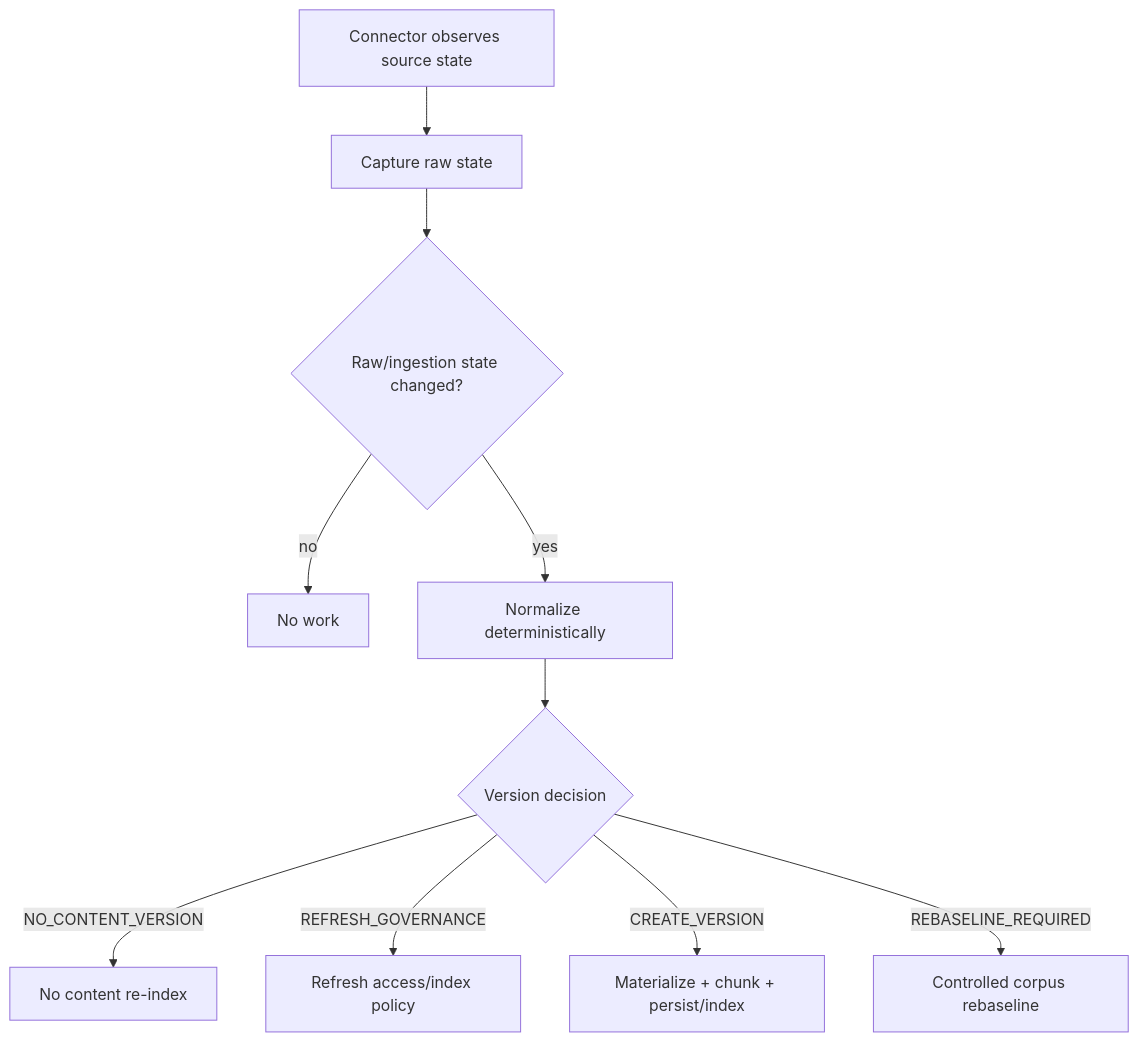
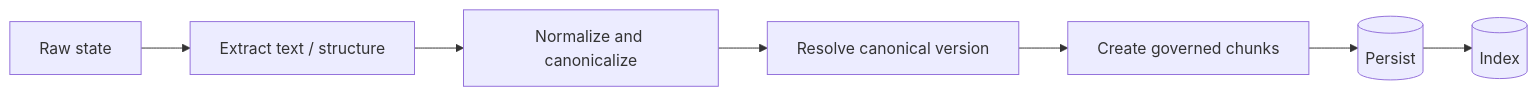
Before and after one commit to kumarchandansingh/tropos: the second of 5 diagrams in docs/architecture/RAG_ARCHITECTURE.md, drawn with Mermaid. The commit also changed other lines of this file and 13 other files, not shown here.

````diff
--- a/docs/architecture/RAG_ARCHITECTURE.md
+++ b/docs/architecture/RAG_ARCHITECTURE.md
@@ -105,13 +43,10 @@
 ```mermaid
-flowchart TD
-    Poll[Connector observes source state]
-    --> Capture[Capture raw state]
-    --> RawChanged{Raw/ingestion state changed?}
-    RawChanged -- no --> Stop[No work]
-    RawChanged -- yes --> Normalize[Normalize deterministically]
-    Normalize --> Resolve{Version decision}
-    Resolve -->|NO_CONTENT_VERSION| NoIndex[No content re-index]
-    Resolve -->|REFRESH_GOVERNANCE| ACL[Refresh access/index policy]
-    Resolve -->|CREATE_VERSION| Rebuild[Materialize + chunk + persist/index]
-    Resolve -->|REBASELINE_REQUIRED| Migration[Controlled corpus rebaseline]
+flowchart LR
+    Raw[Raw state]
+    --> Extract[Extract text / structure]
+    --> Canon[Normalize and canonicalize]
+    --> Version[Resolve canonical version]
+    --> Chunk[Create governed chunks]
+    --> Store[(Persist)]
+    --> Index[(Index)]
 ```
````
